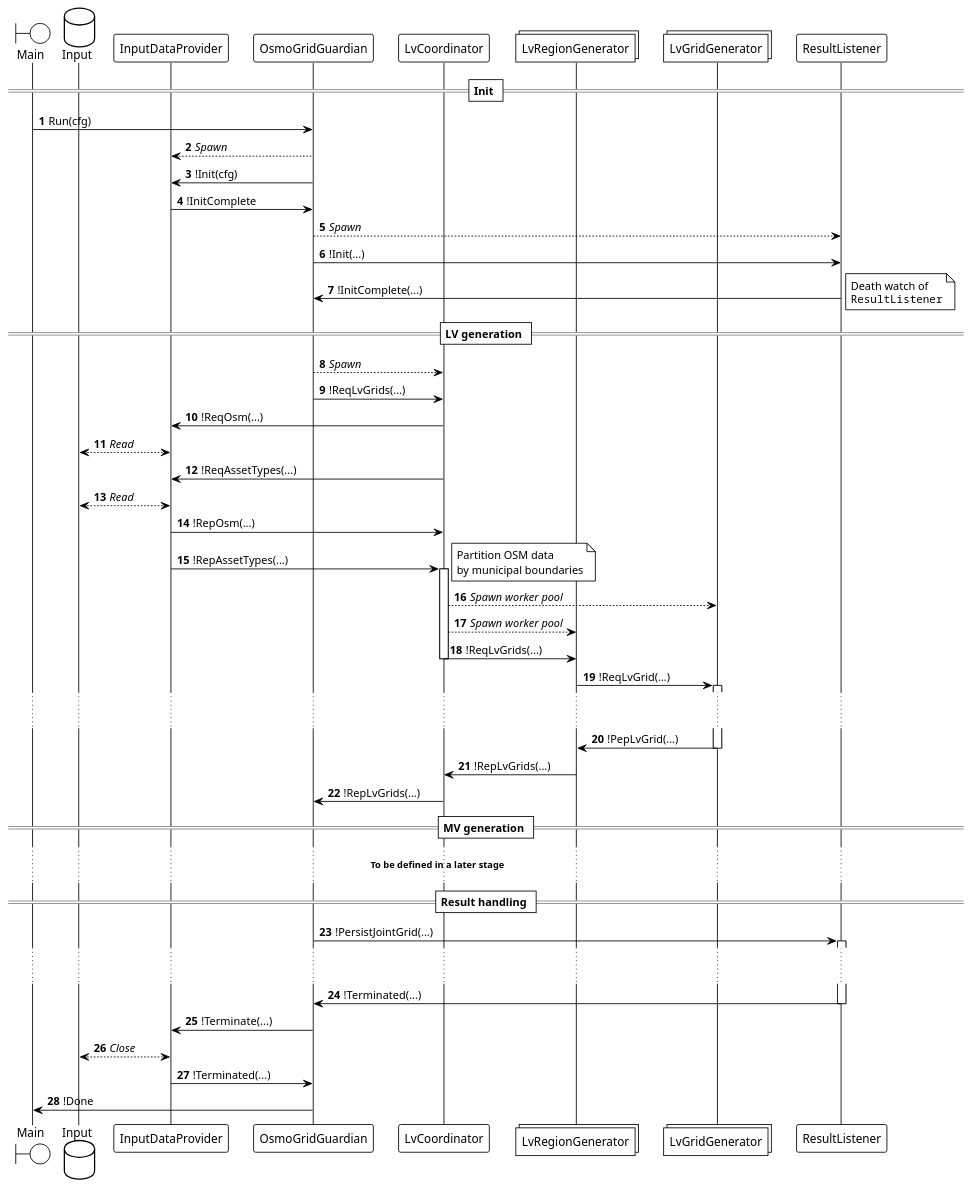
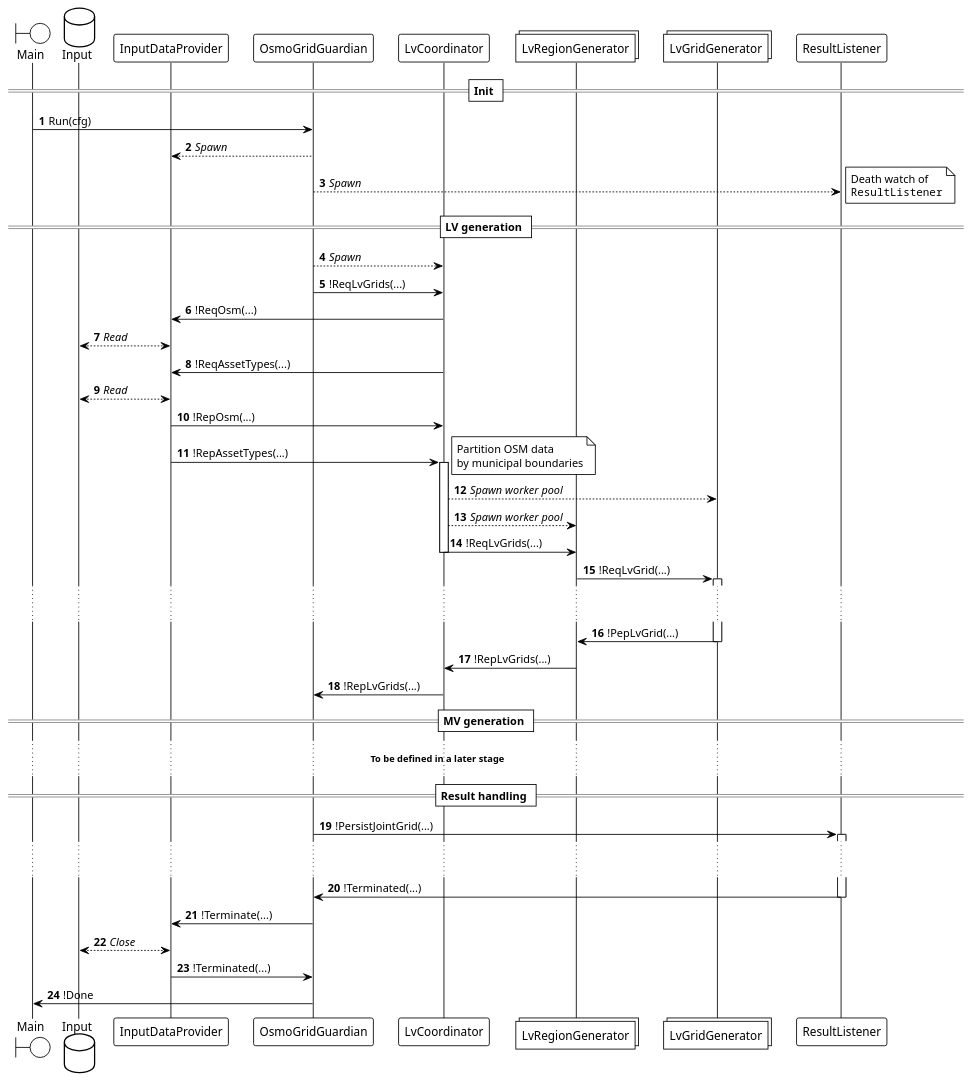
Before and after one commit to ie3-institute/OSMoGrid: the diagram in docs/protocol/protocol.puml, drawn with PlantUML.

Commit message:
Adapt init protocol

```diff
--- a/docs/protocol/protocol.puml
+++ b/docs/protocol/protocol.puml
@@ -1,69 +1,65 @@
 @startuml
 'https://plantuml.com/sequence-diagram
 
 !theme plain
 autonumber
 
 boundary Main
 database Input
 participant InputDataProvider
 participant OsmoGridGuardian
 participant LvCoordinator
 collections LvRegionGenerator
 collections LvGridGenerator
 participant ResultListener
 
 == Init ==
 Main -> OsmoGridGuardian: Run(cfg)
 OsmoGridGuardian --> InputDataProvider: //Spawn//
-OsmoGridGuardian -> InputDataProvider: !Init(cfg)
-InputDataProvider -> OsmoGridGuardian: !InitComplete
 
 OsmoGridGuardian --> ResultListener: //Spawn//
-OsmoGridGuardian -> ResultListener: !Init(...)
-ResultListener -> OsmoGridGuardian: !InitComplete(...)
 note right: Death watch of\n""ResultListener""
 
 == LV generation ==
 OsmoGridGuardian --> LvCoordinator: //Spawn//
 OsmoGridGuardian -> LvCoordinator: !ReqLvGrids(...)
 LvCoordinator -> InputDataProvider: !ReqOsm(...)
 InputDataProvider <--> Input: //Read//
 LvCoordinator -> InputDataProvider: !ReqAssetTypes(...)
 InputDataProvider <--> Input: //Read//
 InputDataProvider -> LvCoordinator: !RepOsm(...)
 InputDataProvider -> LvCoordinator: !RepAssetTypes(...)
 activate LvCoordinator
 note right: Partition OSM data\nby municipal boundaries
 LvCoordinator --> LvGridGenerator: //Spawn worker pool//
 LvCoordinator --> LvRegionGenerator: //Spawn worker pool//
 
 LvCoordinator -> LvRegionGenerator: !ReqLvGrids(...)
 deactivate LvCoordinator
 LvRegionGenerator -> LvGridGenerator: !ReqLvGrid(...)
 activate LvGridGenerator
 ... ...
 LvGridGenerator -> LvRegionGenerator: !PepLvGrid(...)
 deactivate LvGridGenerator
 
 LvRegionGenerator -> LvCoordinator: !RepLvGrids(...)
 LvCoordinator -> OsmoGridGuardian: !RepLvGrids(...)
 
 == MV generation ==
 ... **To be defined in a later stage** ...
 
 == Result handling ==
 OsmoGridGuardian -> ResultListener: !PersistJointGrid(...)
 activate ResultListener
 ... ...
 ResultListener -> OsmoGridGuardian: !Terminated(...)
 deactivate ResultListener
 OsmoGridGuardian -> InputDataProvider: !Terminate(...)
 InputDataProvider <--> Input: //Close//
 InputDataProvider -> OsmoGridGuardian: !Terminated(...)
 
 OsmoGridGuardian -> Main: !Done
 
 'TODO: Don't forget to spawn and initialize the ResultListener
 
 @enduml
```
